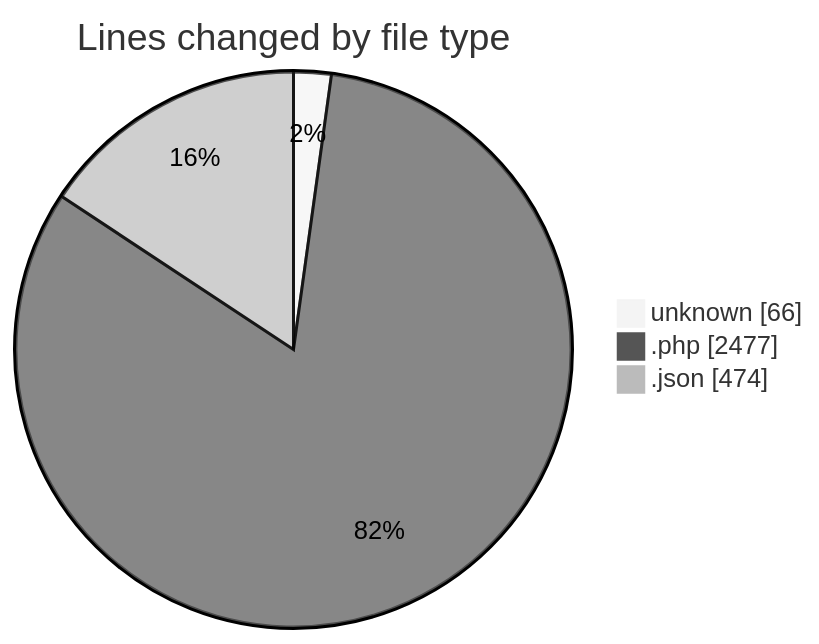
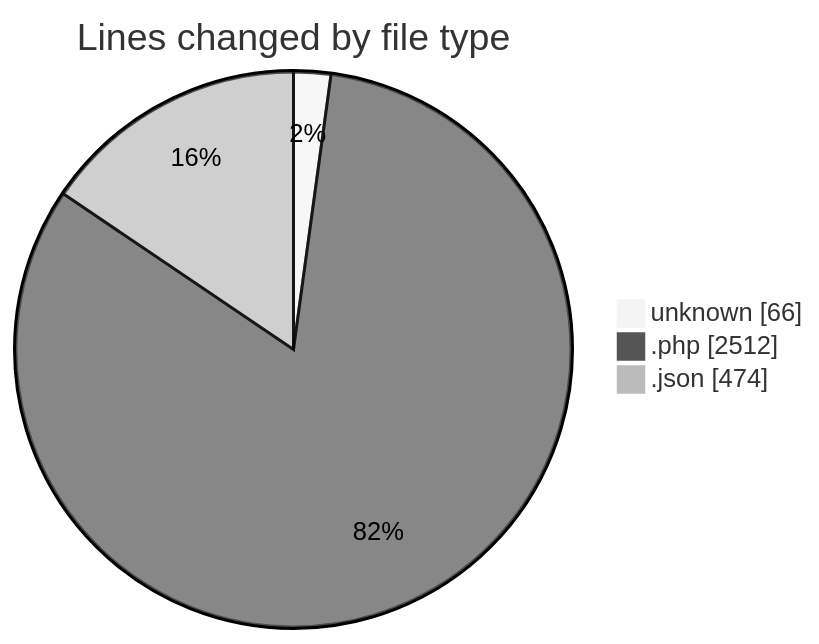
The first of 2 diagrams in 2025-05-27/studio-backend/README.md (idhammustaqopulfikri/code-tracking), drawn with Mermaid (neutral theme) before and after one commit. The commit also changed other lines of this file and 1 other file, not shown here.

````diff
--- a/2025-05-27/studio-backend/README.md
+++ b/2025-05-27/studio-backend/README.md
@@ -54,7 +54,7 @@
 ```mermaid
 pie showData
 title Lines changed by file type
 "unknown" : 66
-".php" : 2477
+".php" : 2512
 ".json" : 474
 ```
````
